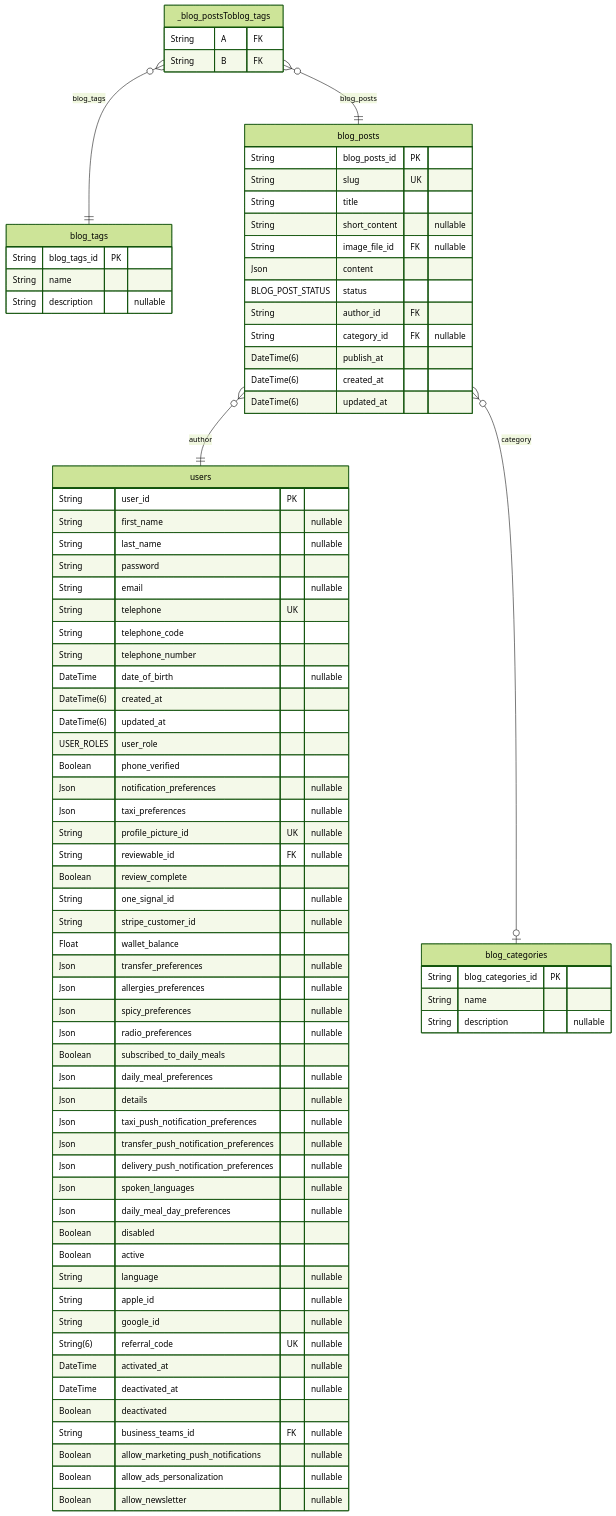
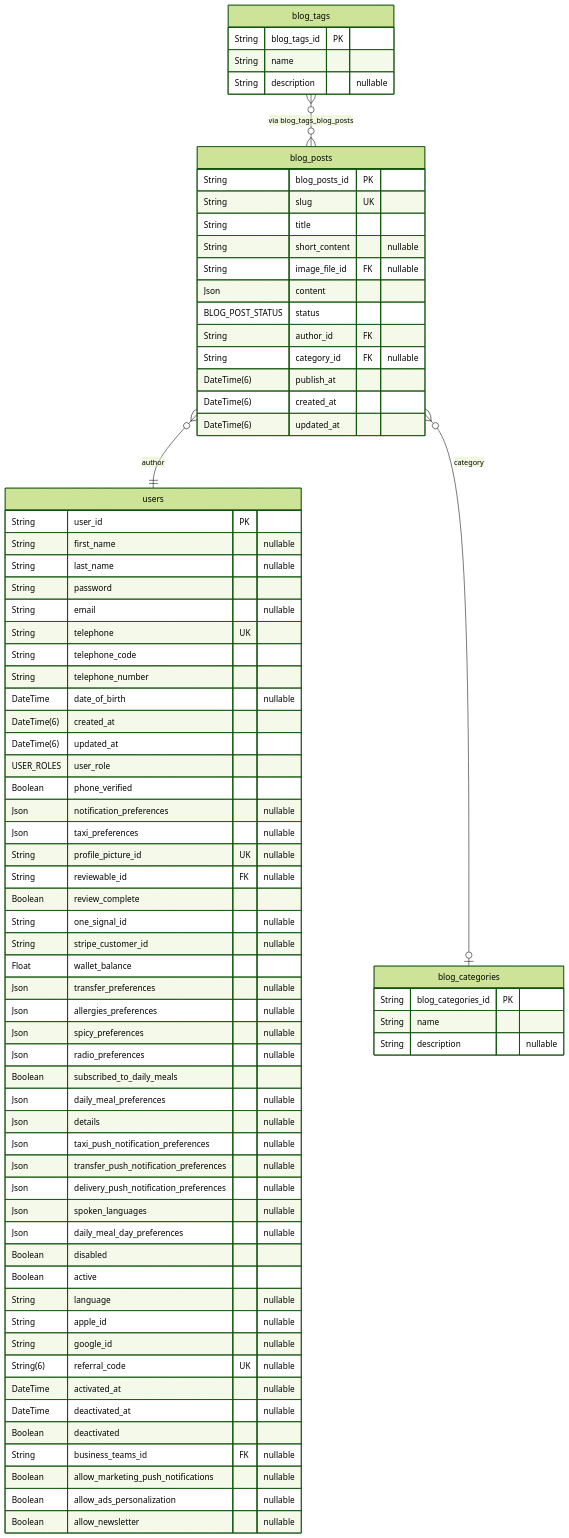
Before and after one commit to pbozic/be-analyisis: diagram 13 of 37 in prisma/schemas/ERD.md, drawn with Mermaid (forest theme). The commit also changed other lines of this file and 6 other files, not shown here.

Commit message:
feature: update to ERD generation with post-processing function

````diff
--- a/prisma/schemas/ERD.md
+++ b/prisma/schemas/ERD.md
@@ -2985,10 +3182,6 @@
   DateTime(6) publish_at
   DateTime(6) created_at
   DateTime(6) updated_at
-}
-"_blog_postsToblog_tags" {
-  String A FK
-  String B FK
 }
 "users" {
   String user_id PK
@@ -3040,6 +3233,6 @@
 }
 "blog_posts" }o--|| "users" : author
 "blog_posts" }o--o| "blog_categories" : category
-"_blog_postsToblog_tags" }o--|| "blog_posts" : blog_posts
-"_blog_postsToblog_tags" }o--|| "blog_tags" : blog_tags
+
+"blog_tags" }o--o{ "blog_posts" : "via blog_tags_blog_posts"
 ```
````
